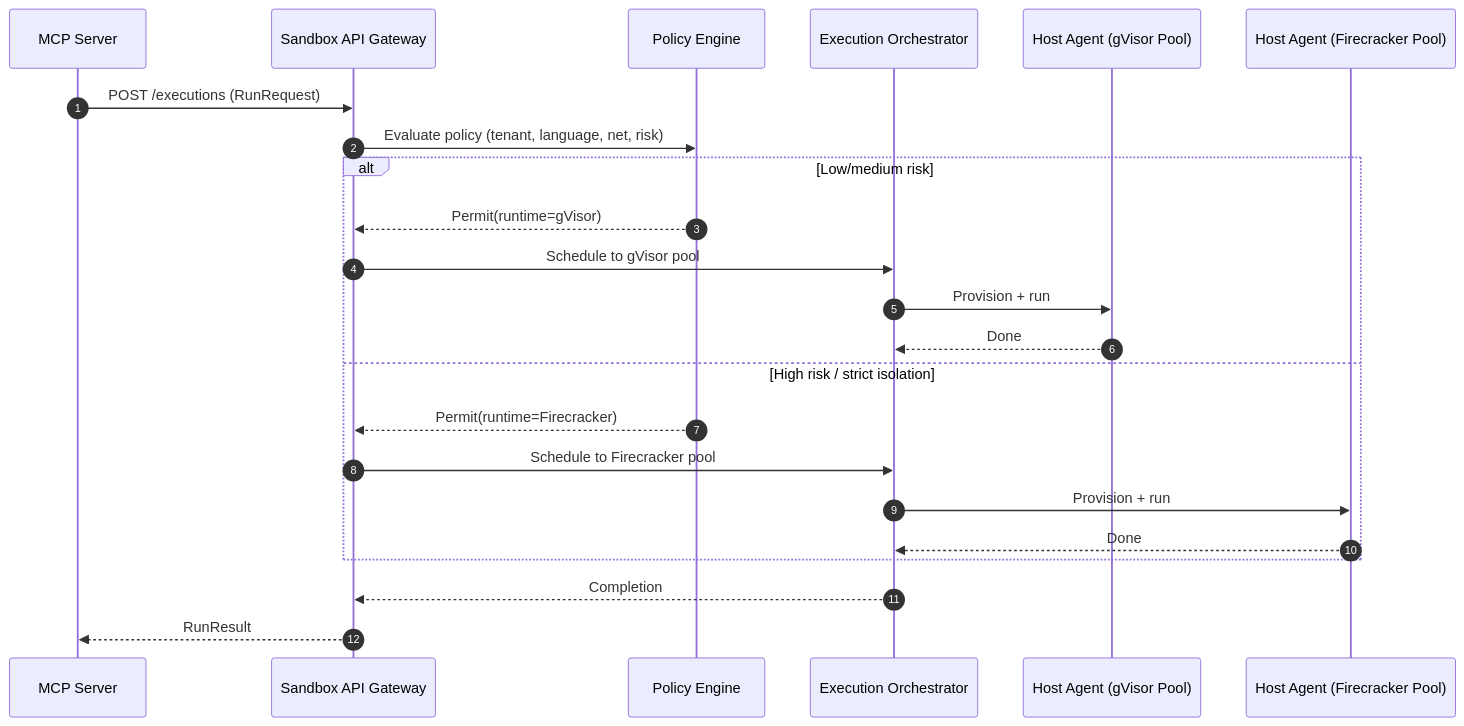
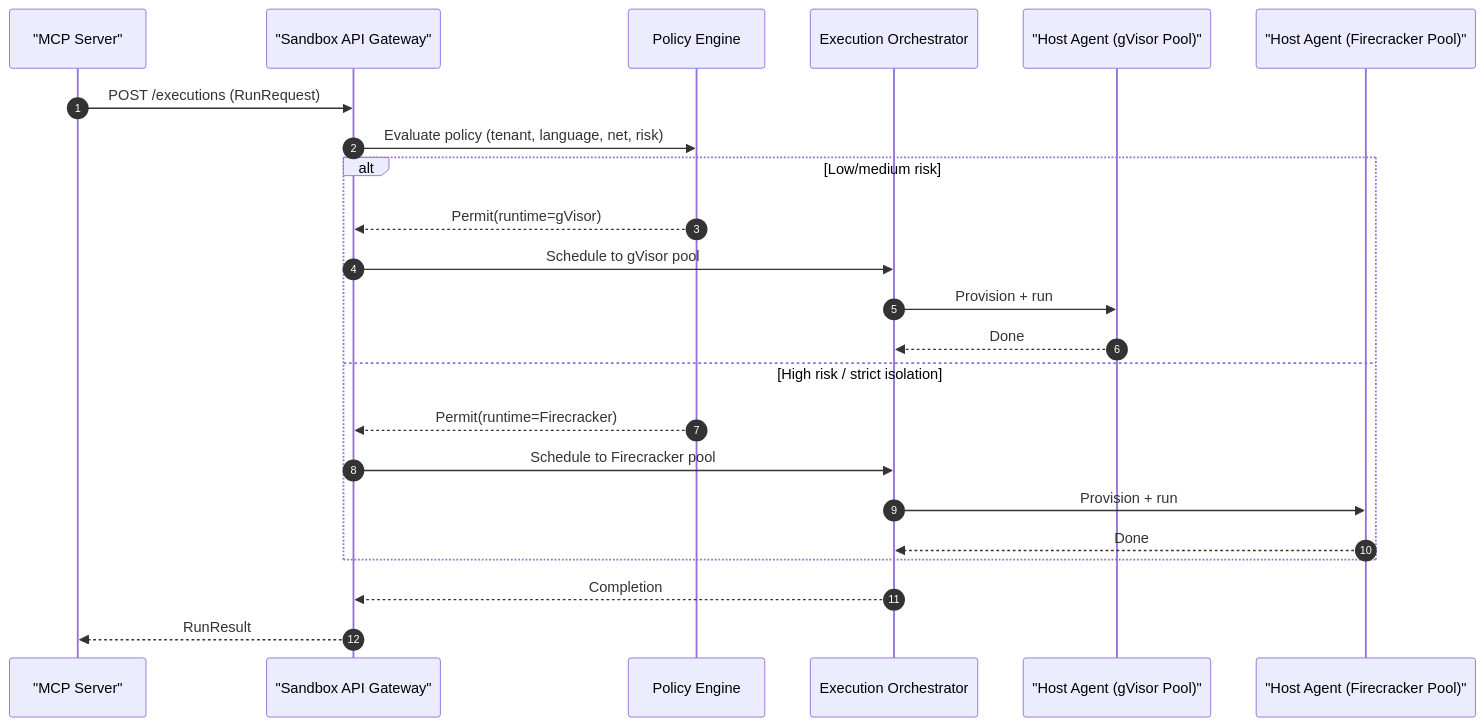
The fifth of 5 diagrams in architecture/sandbox-executor.md (suman724/sandbox-code-executor), drawn with Mermaid before and after one commit. The commit also changed other lines of this file, not shown here.

Commit message:
Fix Mermaid diagram syntax

````diff
--- a/architecture/sandbox-executor.md
+++ b/architecture/sandbox-executor.md
@@ -548,26 +548,26 @@
 ```mermaid
 sequenceDiagram
   autonumber
-  participant MCP as MCP Server
-  participant GW as Sandbox API Gateway
+  participant MCP as "MCP Server"
+  participant GW as "Sandbox API Gateway"
   participant Pol as Policy Engine
   participant Orch as Execution Orchestrator
-  participant HostGV as Host Agent (gVisor Pool)
-  participant HostFC as Host Agent (Firecracker Pool)
+  participant HostGV as "Host Agent (gVisor Pool)"
+  participant HostFC as "Host Agent (Firecracker Pool)"
 
   MCP->>GW: POST /executions (RunRequest)
   GW->>Pol: Evaluate policy (tenant, language, net, risk)
   alt Low/medium risk
     Pol-->>GW: Permit(runtime=gVisor)
     GW->>Orch: Schedule to gVisor pool
     Orch->>HostGV: Provision + run
     HostGV-->>Orch: Done
   else High risk / strict isolation
     Pol-->>GW: Permit(runtime=Firecracker)
     GW->>Orch: Schedule to Firecracker pool
     Orch->>HostFC: Provision + run
     HostFC-->>Orch: Done
   end
   Orch-->>GW: Completion
   GW-->>MCP: RunResult
 ```
````
